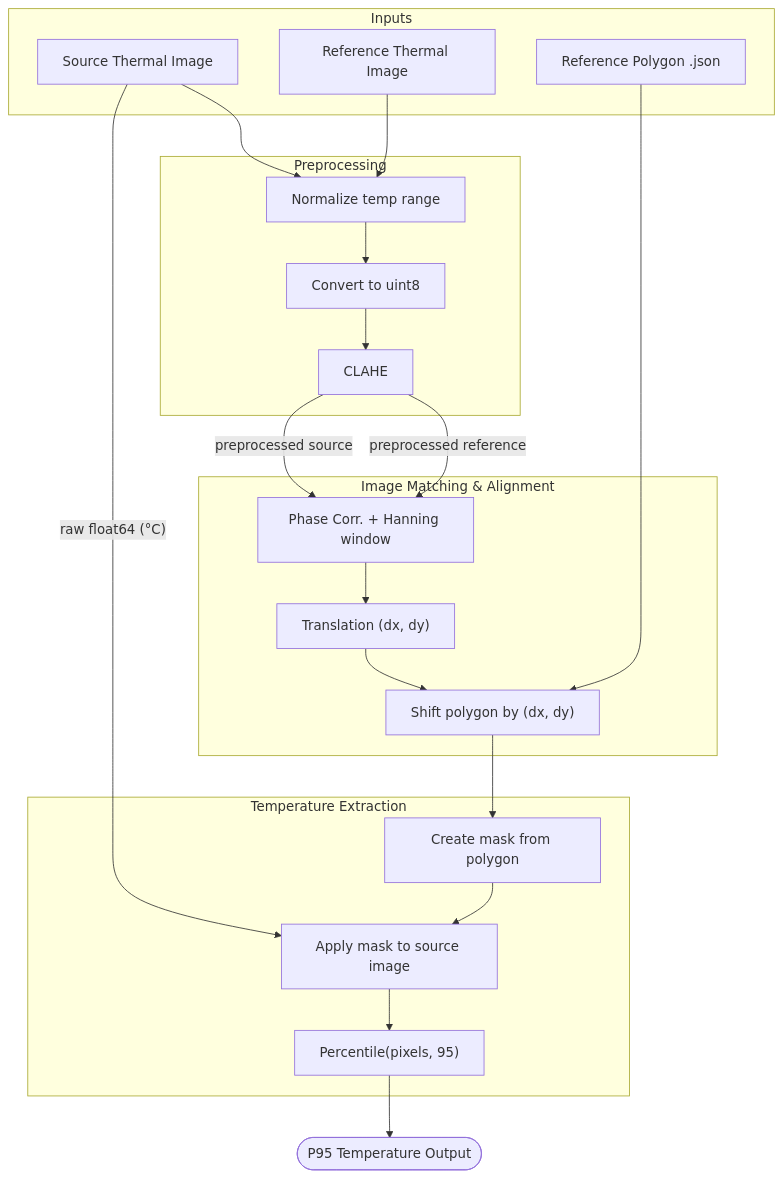
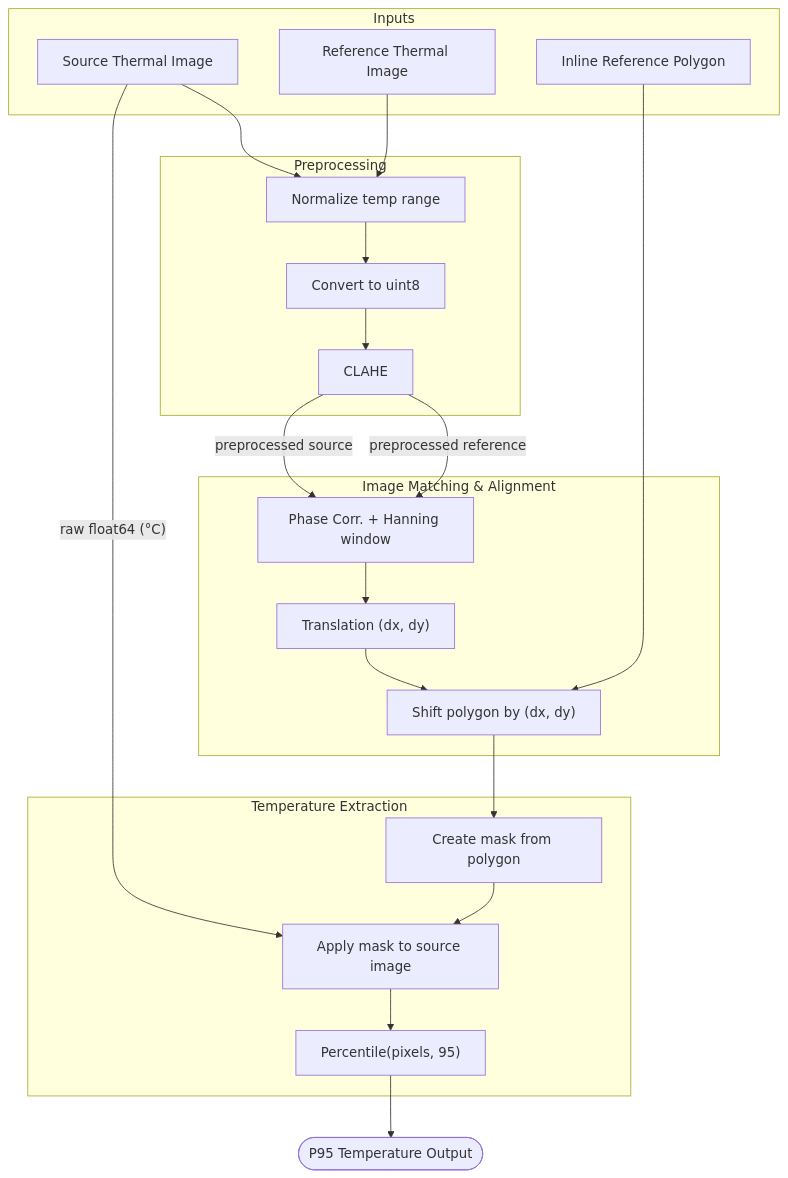
Before and after one commit to equinor/sara-thermal-reading: the diagram in README.md, drawn with Mermaid. The commit also changed other lines of this file and 7 other files, not shown here.

````diff
--- a/README.md
+++ b/README.md
@@ -90,40 +108,40 @@
 ```mermaid
 graph TD
     subgraph Inputs
         A[Source Thermal Image]
         C[Reference Thermal Image]
-        B[Reference Polygon .json]
+        B[Inline Reference Polygon]
     end
 
     subgraph Preprocessing
         D[Normalize temp range]
         E[Convert to uint8]
         F[CLAHE]
     end
 
     subgraph "Image Matching & Alignment"
         G["Phase Corr. + Hanning window"]
         H["Translation (dx, dy)"]
         J["Shift polygon by (dx, dy)"]
     end
 
     subgraph "Temperature Extraction"
         K["Create mask from polygon"]
         L[Apply mask to source image]
         M["Percentile(pixels, 95)"]
     end
 
     A --> D
     C --> D
     D --> E --> F
     F -->|"preprocessed source"| G
     F -->|"preprocessed reference"| G
     G --> H
     H --> J
     B --> J
     J --> K
     A -->|"raw float64 (°C)"| L
     K --> L --> M
 
     M --> N([P95 Temperature Output])
 ```
````
